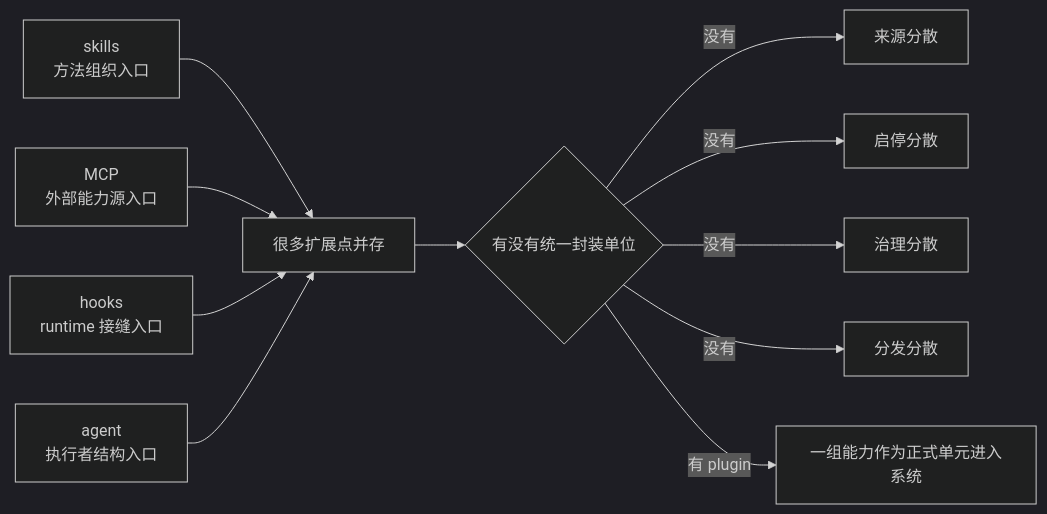
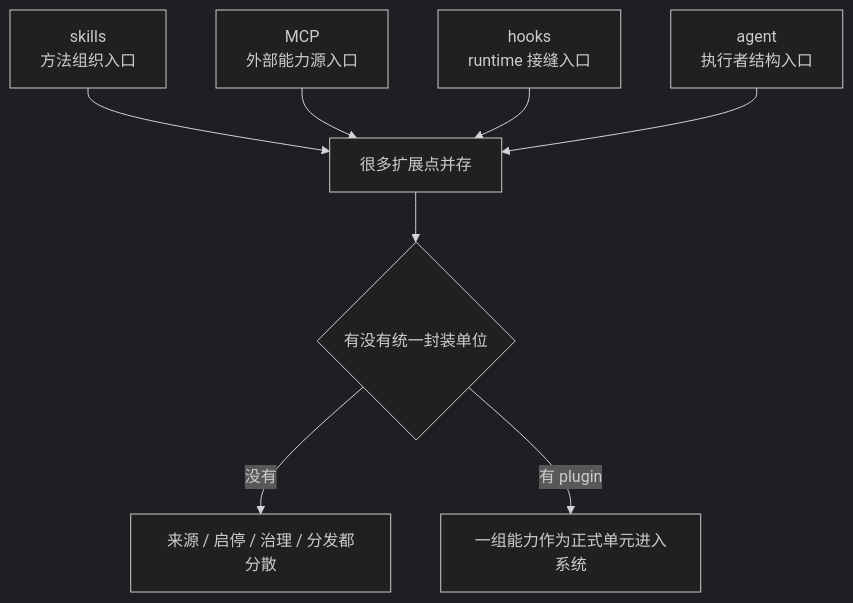
Before and after one commit to T0UGH/claude-code-source-guide: the diagram in docs/guidebookv2/volume-5/21-why-plugins-are-still-needed-after-skills-mcp-and-hooks.md, drawn with Mermaid (dark theme). The commit also changed other lines of this file and 11 other files, not shown here.

````diff
--- a/docs/guidebookv2/volume-5/21-why-plugins-are-still-needed-after-skills-mcp-and-hooks.md
+++ b/docs/guidebookv2/volume-5/21-why-plugins-are-still-needed-after-skills-mcp-and-hooks.md
@@ -45,16 +60,15 @@
 ```mermaid
-flowchart LR
-    A[skills\n方法组织入口] --> E[很多扩展点并存]
-    B[MCP\n外部能力源入口] --> E
-    C[hooks\nruntime 接缝入口] --> E
-    D[agent\n执行者结构入口] --> E
+flowchart TD
+    A[skills
+方法组织入口] --> E[很多扩展点并存]
+    B[MCP
+外部能力源入口] --> E
+    C[hooks
+runtime 接缝入口] --> E
+    D[agent
+执行者结构入口] --> E
 
     E --> F{有没有统一封装单位}
-
-    F -->|没有| G[来源分散]
-    F -->|没有| H[启停分散]
-    F -->|没有| I[治理分散]
-    F -->|没有| J[分发分散]
-
-    F -->|有 plugin| K[一组能力作为正式单元进入系统]
+    F -->|没有| G[来源 / 启停 / 治理 / 分发都分散]
+    F -->|有 plugin| H[一组能力作为正式单元进入系统]
 ```
````
